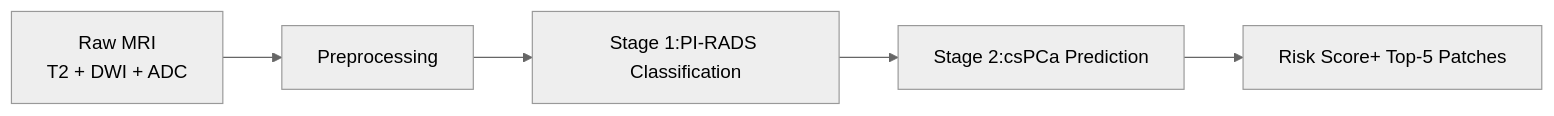
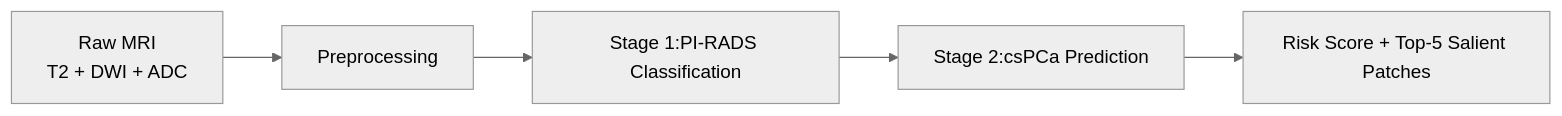
One commit to anirudhbalaraman/WSAttention-Prostate changed the diagram in docs/index.md. Above: the diagram before and after it, drawn with Mermaid (neutral theme). The commit also changed other lines of this file, not shown here.

````diff
--- a/docs/index.md
+++ b/docs/index.md
@@ -21,7 +21,7 @@
 ```mermaid
 flowchart LR
     A[Raw MRI\nT2 + DWI + ADC] --> B[Preprocessing]
     B --> C[Stage 1:PI-RADS Classification]
     C --> D[Stage 2:csPCa Prediction]
-    D --> E[Risk Score+ Top-5 Patches]
+    D --> E[Risk Score + Top-5 Salient Patches]
 ```
````
